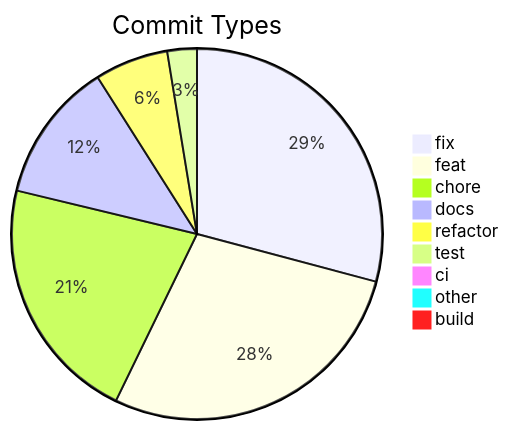
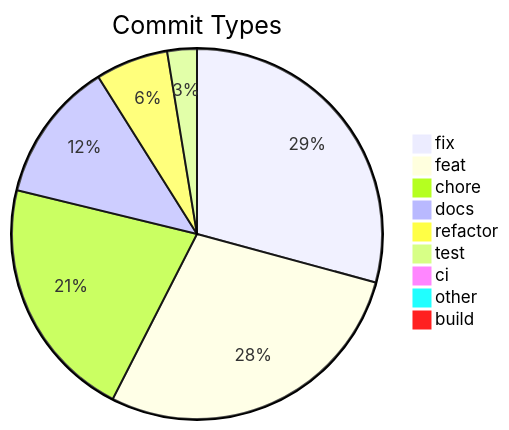
Before and after one commit to svenroth-ai/shipwright: the diagram in .shipwright/compliance/change-history.md, drawn with Mermaid. The commit also changed other lines of this file and 43 other files, not shown here.

````diff
--- a/.shipwright/compliance/change-history.md
+++ b/.shipwright/compliance/change-history.md
@@ -9,12 +9,12 @@
 ```mermaid
 pie title Commit Types
     "fix" : 350
-    "feat" : 337
-    "chore" : 259
+    "feat" : 339
+    "chore" : 255
     "docs" : 147
-    "refactor" : 77
+    "refactor" : 76
     "test" : 31
     "ci" : 11
     "other" : 9
     "build" : 1
 ```
````
